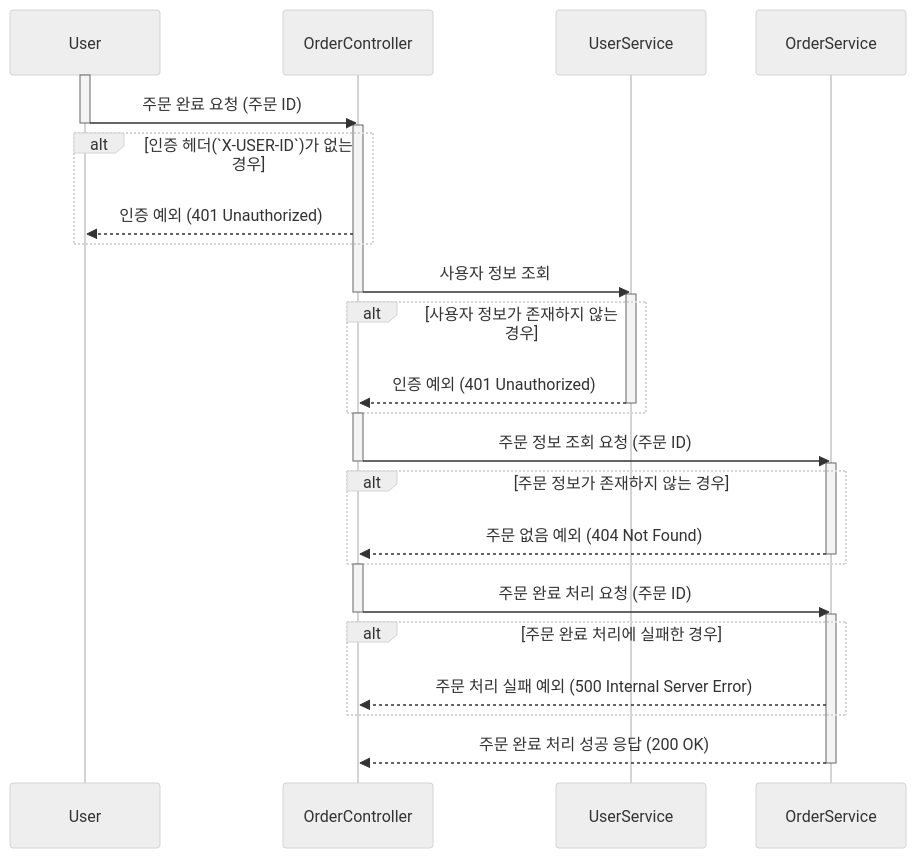
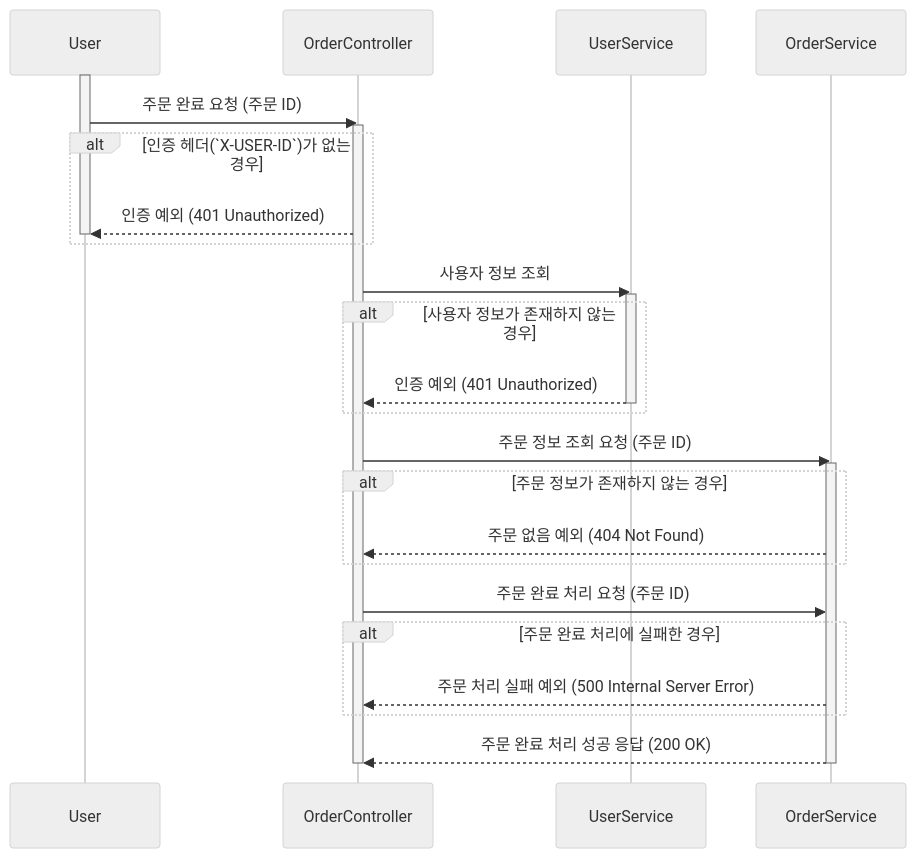
Before and after one commit to kiekk/gamsung-commerce: the third of 4 diagrams in docs/design/02-sequence-diagrams/order_payment_v2.md, drawn with Mermaid (neutral theme). The commit also changed other lines of this file and 5 other files, not shown here.

First line of the commit message:
docs: 시퀀스 다이어그램 수정 (2주차 피드백 반영)

````diff
--- a/docs/design/02-sequence-diagrams/order_payment_v2.md
+++ b/docs/design/02-sequence-diagrams/order_payment_v2.md
@@ -115,38 +101,32 @@
 ```mermaid
 sequenceDiagram
     participant User
     participant OrderController
     participant UserService
     participant OrderService
     activate User
     User ->> OrderController: 주문 완료 요청 (주문 ID)
-    deactivate User
     activate OrderController
     alt 인증 헤더(`X-USER-ID`)가 없는 경우
         OrderController -->> User: 인증 예외 (401 Unauthorized)
+        deactivate User
     end
     OrderController ->> UserService: 사용자 정보 조회
-    deactivate OrderController
     activate UserService
     alt 사용자 정보가 존재하지 않는 경우
         UserService -->> OrderController: 인증 예외 (401 Unauthorized)
         deactivate UserService
     end
-    activate OrderController
     OrderController ->> OrderService: 주문 정보 조회 요청 (주문 ID)
-    deactivate OrderController
     activate OrderService
     alt 주문 정보가 존재하지 않는 경우
         OrderService -->> OrderController: 주문 없음 예외 (404 Not Found)
-        deactivate OrderService
     end
-    activate OrderController
     OrderController ->> OrderService: 주문 완료 처리 요청 (주문 ID)
-    deactivate OrderController
-    activate OrderService
     alt 주문 완료 처리에 실패한 경우
         OrderService -->> OrderController: 주문 처리 실패 예외 (500 Internal Server Error)
     end
     OrderService -->> OrderController: 주문 완료 처리 성공 응답 (200 OK)
     deactivate OrderService
+    deactivate OrderController
 ```
````
